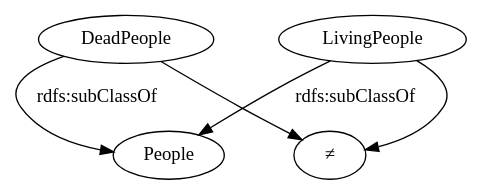
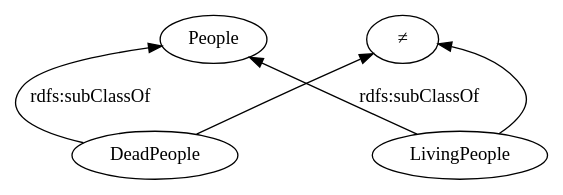
The second of 4 diagrams in kg/lecture/marp/owl.md (StefanZander/lecture_notes), drawn with Graphviz before and after one commit. The commit also changed other lines of this file and 6 other files, not shown here.

````diff
--- a/kg/lecture/marp/owl.md
+++ b/kg/lecture/marp/owl.md
@@ -108,20 +109,20 @@
 ```graphviz
 digraph G {
-    graph [rankdir=TB];
-    nodesep=.5;
+    graph [rankdir=BT];
+    node [fontname="Barlow Semi Condensed", fontsize=14, ordering=out];
+    edge [fontname="Barlow Semi Condensed", fontsize=14];
+    nodesep=1;
     // label="A example RDF graph"; 
-    // {rank=same; 1; 4;};
+    // {rank=same; 1 -> 4 [style="invis"]};
     // {rank=same; 2;};
     // {rank=same; 3;};
     1 [label="People"];
     2 [label="DeadPeople"];
     3 [label="LivingPeople"];
     4 [label="≠"];
-    // 5 [label="Meat"];
-    //6 [label="France"];
     2 -> 1 [label="rdfs:subClassOf"];
     3 -> 1 [label="rdfs:subClassOf"];
     2 -> 4 [label=""];
     3 -> 4 [label=""];
 }
 ```
````
